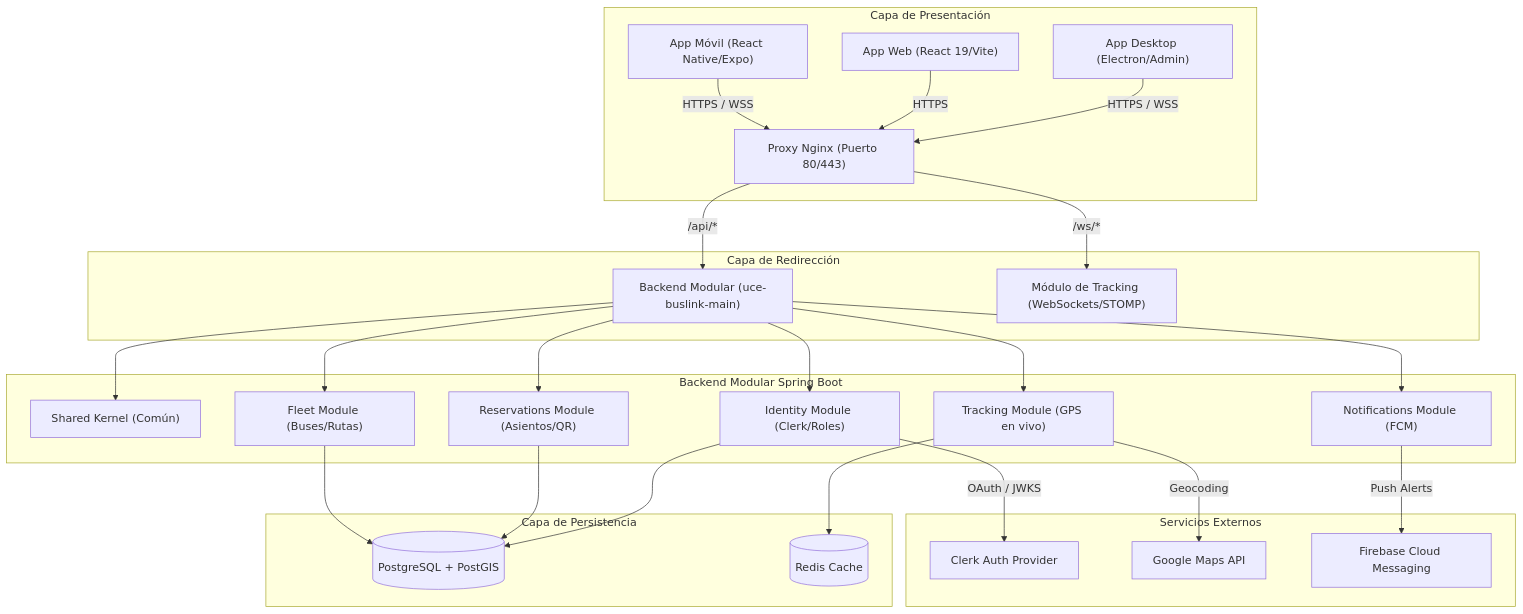
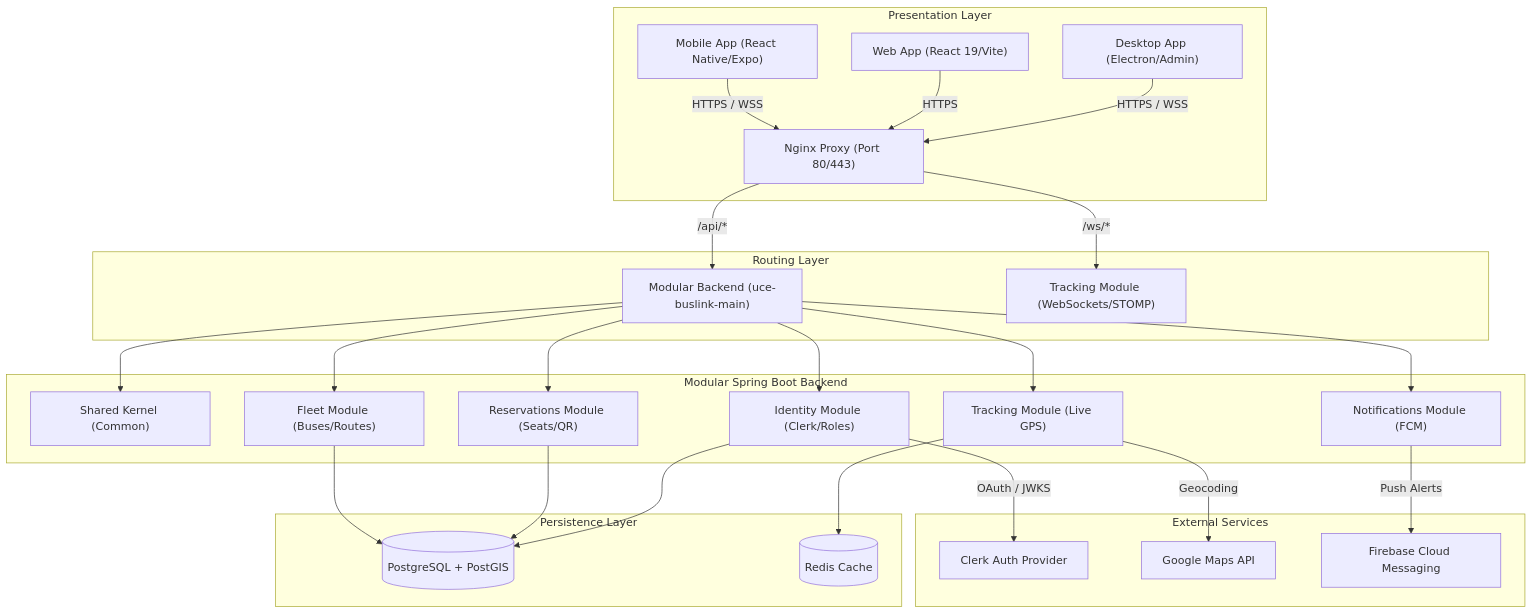
Before and after one commit to UCE-BusLink/UCE-BusLink: the diagram in README.md, drawn with Mermaid. The commit also changed other lines of this file and 5 other files, not shown here.

````diff
--- a/README.md
+++ b/README.md
@@ -37,33 +39,33 @@
 ```mermaid
 graph TD
-    subgraph Frontends [Capa de Presentación]
-        A["App Móvil (React Native/Expo)"] -->|HTTPS / WSS| N["Proxy Nginx (Puerto 80/443)"]
-        B["App Web (React 19/Vite)"] -->|HTTPS| N
-        C["App Desktop (Electron/Admin)"] -->|HTTPS / WSS| N
+    subgraph Frontends [Presentation Layer]
+        A["Mobile App (React Native/Expo)"] -->|HTTPS / WSS| N["Nginx Proxy (Port 80/443)"]
+        B["Web App (React 19/Vite)"] -->|HTTPS| N
+        C["Desktop App (Electron/Admin)"] -->|HTTPS / WSS| N
     end
 
-    subgraph Ingress [Capa de Redirección]
-        N -->|/api/*| M["Backend Modular (uce-buslink-main)"]
-        N -->|/ws/*| T["Módulo de Tracking (WebSockets/STOMP)"]
+    subgraph Ingress [Routing Layer]
+        N -->|/api/*| M["Modular Backend (uce-buslink-main)"]
+        N -->|/ws/*| T["Tracking Module (WebSockets/STOMP)"]
     end
 
-    subgraph Backend [Backend Modular Spring Boot]
-        M --> SK["Shared Kernel (Común)"]
+    subgraph Backend [Modular Spring Boot Backend]
+        M --> SK["Shared Kernel (Common)"]
         M --> IM["Identity Module (Clerk/Roles)"]
-        M --> FM["Fleet Module (Buses/Rutas)"]
-        M --> RM["Reservations Module (Asientos/QR)"]
-        M --> TM["Tracking Module (GPS en vivo)"]
+        M --> FM["Fleet Module (Buses/Routes)"]
+        M --> RM["Reservations Module (Seats/QR)"]
+        M --> TM["Tracking Module (Live GPS)"]
         M --> NM["Notifications Module (FCM)"]
     end
 
-    subgraph External [Servicios Externos]
+    subgraph External [External Services]
         IM -->|OAuth / JWKS| Clerk["Clerk Auth Provider"]
         TM -->|Geocoding| Gmaps["Google Maps API"]
         NM -->|Push Alerts| FCM["Firebase Cloud Messaging"]
     end
 
-    subgraph Storage [Capa de Persistencia]
+    subgraph Storage [Persistence Layer]
         FM & RM & IM --> DB[("PostgreSQL + PostGIS")]
         TM --> Cache[("Redis Cache")]
     end
 ```
````
